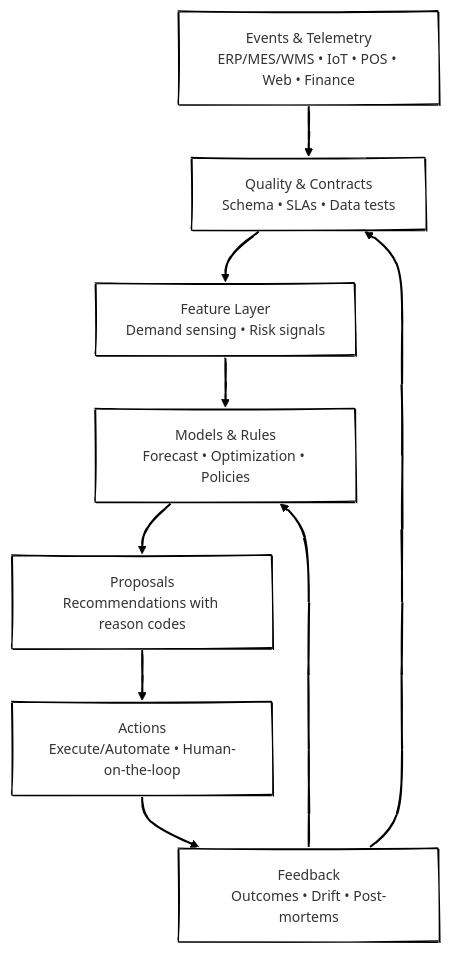
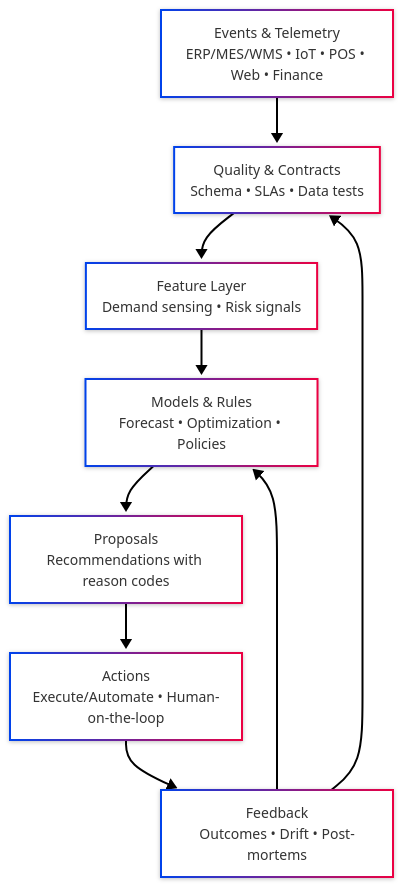
The second of 5 diagrams in posts/from-planning-to-orchestration-reimagining-enterprise-beyond-S&OP/index.qmd (antomon/antomon.github.io), drawn with Mermaid before and after one commit. The commit also changed 4 other files, not shown here.

````diff
--- a/posts/from-planning-to-orchestration-reimagining-enterprise-beyond-S&OP/index.qmd
+++ b/posts/from-planning-to-orchestration-reimagining-enterprise-beyond-S&OP/index.qmd
@@ -163,19 +163,19 @@
 ```{mermaid}
 %%| label: signal-pipeline
 %%| fig-cap: Signals over snapshots — end-to-end decision pipeline
 %%| fig-alt: From raw events and telemetry to decisions and actions with feedback
 %%| fig-align: "center"
-%%{init: {"theme": "neo", "look": "handDrawn"}}%%
+%%{init: {"theme": "neo", "look": "neo"}}%%
 
 flowchart TD
   E[Events & Telemetry\nERP/MES/WMS • IoT • POS • Web • Finance]
   Q[Quality & Contracts\nSchema • SLAs • Data tests]
   F[Feature Layer\nDemand sensing • Risk signals]
   M[Models & Rules\nForecast • Optimization • Policies]
   P[Proposals\nRecommendations with reason codes]
   A[Actions\nExecute/Automate • Human-on-the-loop]
   FB[Feedback\nOutcomes • Drift • Post-mortems]
 
   E --> Q --> F --> M --> P --> A --> FB --> M
   FB --> Q
 ```
````
